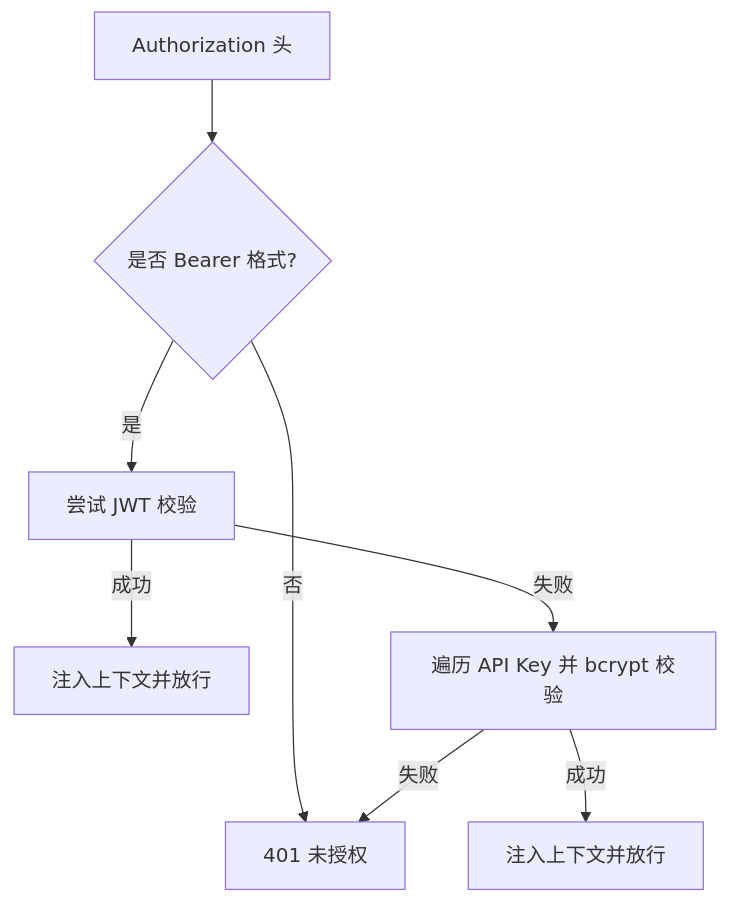
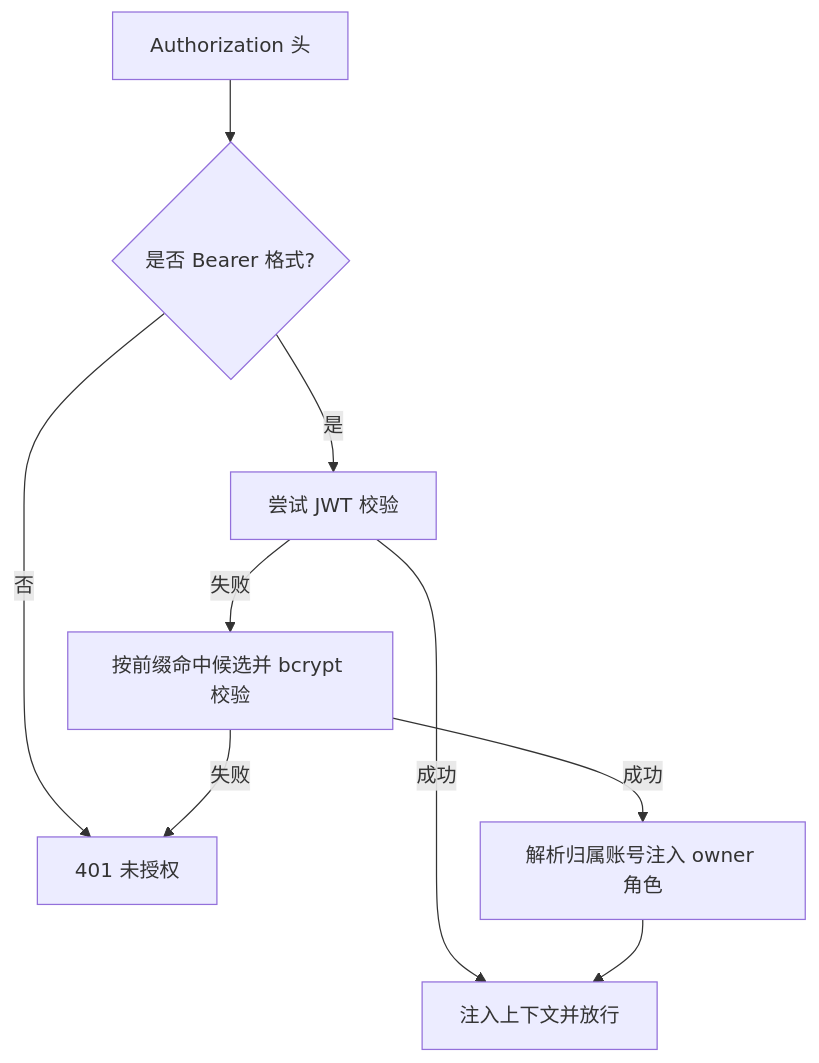
Before and after one commit to x01n/My-OpenWaf: the ninth of 11 diagrams in docs/安全机制/会话管理.md, drawn with Mermaid. The commit also changed other lines of this file and 622 other files, not shown here.

````diff
--- a/docs/安全机制/会话管理.md
+++ b/docs/安全机制/会话管理.md
@@ -316,10 +392,11 @@
 ```mermaid
 flowchart TD
 A["Authorization 头"] --> B{"是否 Bearer 格式?"}
 B --> |否| E["401 未授权"]
 B --> |是| C["尝试 JWT 校验"]
 C --> |成功| F["注入上下文并放行"]
-C --> |失败| D["遍历 API Key 并 bcrypt 校验"]
-D --> |成功| G["注入上下文并放行"]
+C --> |失败| D["按前缀命中候选并 bcrypt 校验"]
+D --> |成功| G["解析归属账号注入 owner 角色"]
+G --> F
 D --> |失败| E
 ```
````
